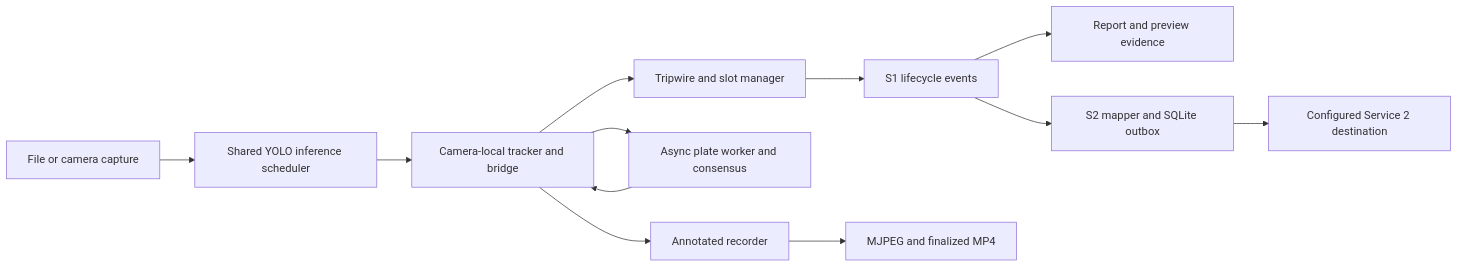
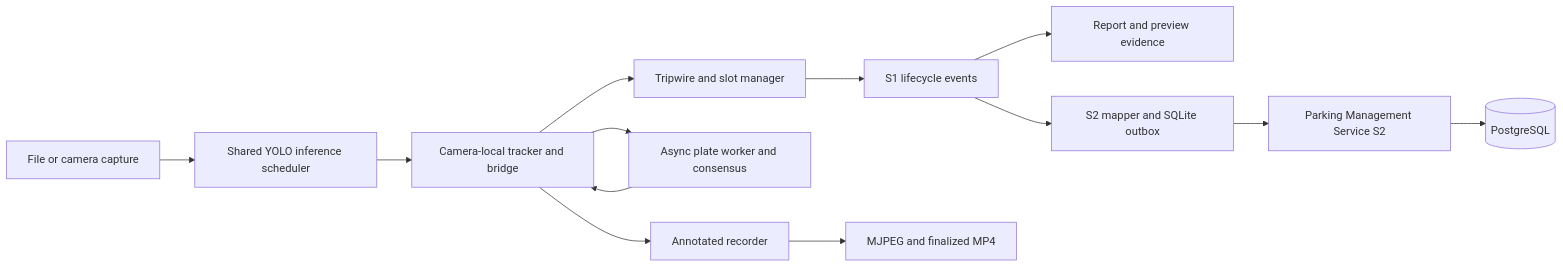
Before and after one commit to adityavarmaaa/SmartGarage-S1: the diagram in docs/ARCHITECTURE_HANDOVER.md, drawn with Mermaid. The commit also changed other lines of this file and 10 other files, not shown here.

Commit message:
feat(setup): bootstrap local PostgreSQL and service verification

````diff
--- a/docs/ARCHITECTURE_HANDOVER.md
+++ b/docs/ARCHITECTURE_HANDOVER.md
@@ -3,14 +3,15 @@
 ```mermaid
 flowchart LR
     A[File or camera capture] --> B[Shared YOLO inference scheduler]
     B --> C[Camera-local tracker and bridge]
     C --> D[Tripwire and slot manager]
     C --> E[Async plate worker and consensus]
     E --> C
     D --> F[S1 lifecycle events]
     F --> G[Report and preview evidence]
     F --> H[S2 mapper and SQLite outbox]
-    H --> I[Configured Service 2 destination]
+    H --> I[Parking Management Service S2]
+    I --> P[(PostgreSQL)]
     C --> J[Annotated recorder]
     J --> K[MJPEG and finalized MP4]
 ```
````
